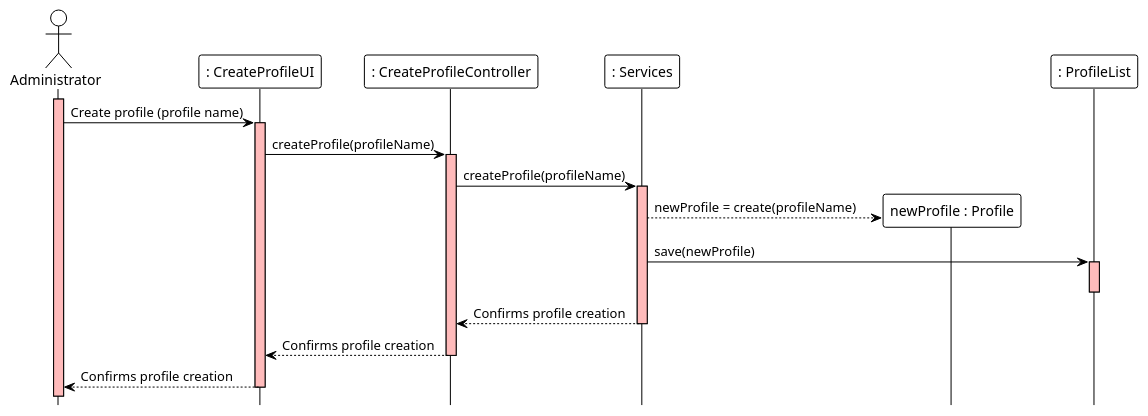
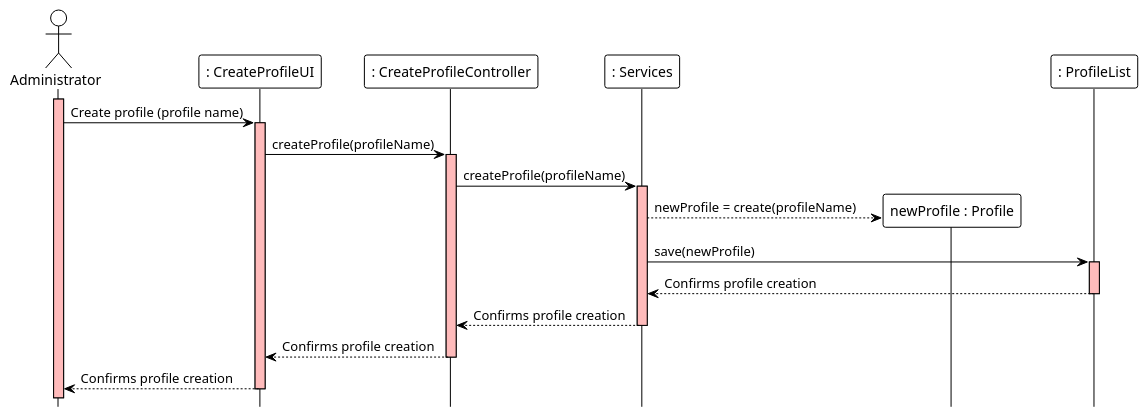
The diagram in docs/modelling_design/user_stories/us001/US001_CreateProfileSD.puml (ivo-menezes/project_g3), drawn with PlantUML before and after one commit.

Commit message:
US001 : Analysis : Updated SD

```diff
--- a/docs/modelling_design/user_stories/us001/US001_CreateProfileSD.puml
+++ b/docs/modelling_design/user_stories/us001/US001_CreateProfileSD.puml
@@ -1,32 +1,32 @@
 @startuml
 !theme plain
 hide footbox
 actor Administrator  as Administrator
 participant ": CreateProfileUI" as UI
 participant ": CreateProfileController" as Controller
 participant ": Services" as Services
 participant "newProfile : Profile" as profile
 participant ": ProfileList" as List
 
 activate Administrator #FFBBBB
 Administrator ->  UI : Create profile (profile name)
 activate UI #FFBBBB
 UI -> Controller : createProfile(profileName)
 activate Controller #FFBBBB
 Controller -> Services : createProfile(profileName)
 activate Services #FFBBBB
 Services --> profile ** : newProfile = create(profileName)
 Services -> List : save(newProfile)
 
 
 activate List #FFBBBB
-deactivate List
 
+List --> Services : Confirms profile creation
 deactivate List
 Services --> Controller : Confirms profile creation
 deactivate Services
 Controller --> UI : Confirms profile creation
 deactivate Controller
 UI --> Administrator : Confirms profile creation
 deactivate UI
 @enduml
```
